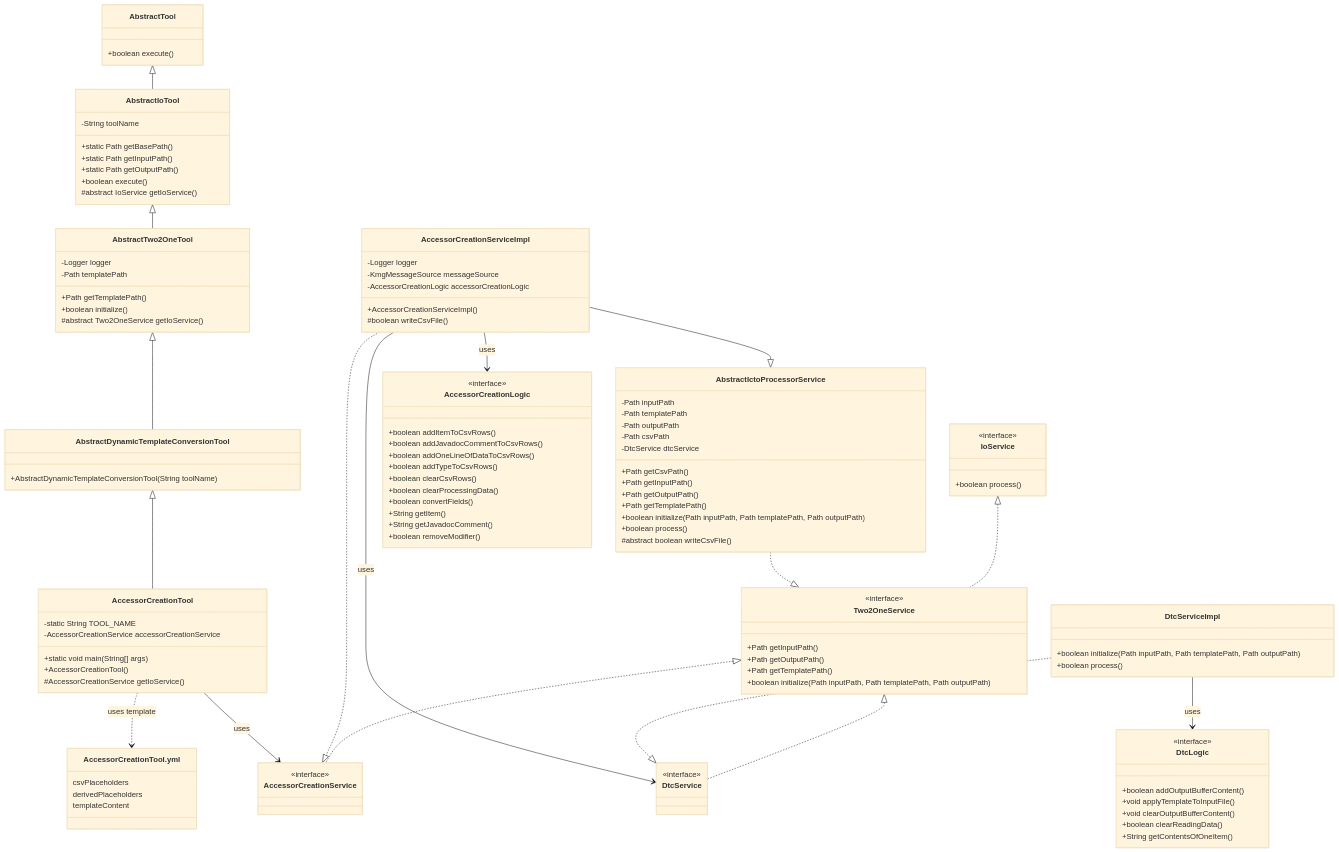
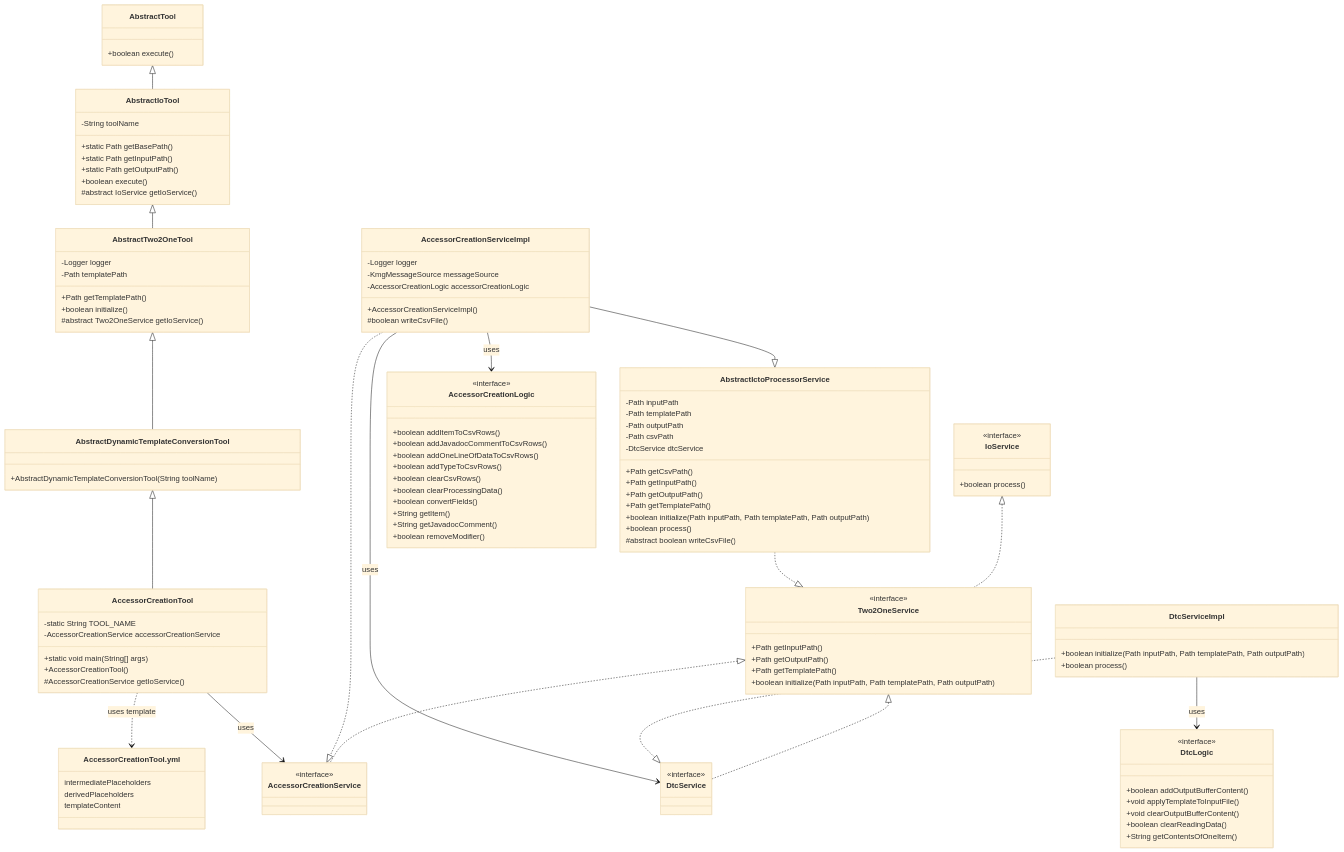
Before and after one commit to KenichiroArai/kmg-tool-base: the first of 2 diagrams in doc/設計書/アクセサ作成ツールの設計図.md, drawn with Mermaid (base theme). The commit also changed other lines of this file and 6 other files, not shown here.

Commit message:
プレースホルダー定義を「csvPlaceholders」から「intermediatePlaceholders」に変更し、関連するドキュメントを更新

```diff
--- a/doc/設計書/アクセサ作成ツールの設計図.md
+++ b/doc/設計書/アクセサ作成ツールの設計図.md
@@ -136,7 +136,7 @@
     }
 
     class AccessorCreationTool.yml {
-        csvPlaceholders
+        intermediatePlaceholders
         derivedPlaceholders
         templateContent
     }
```
